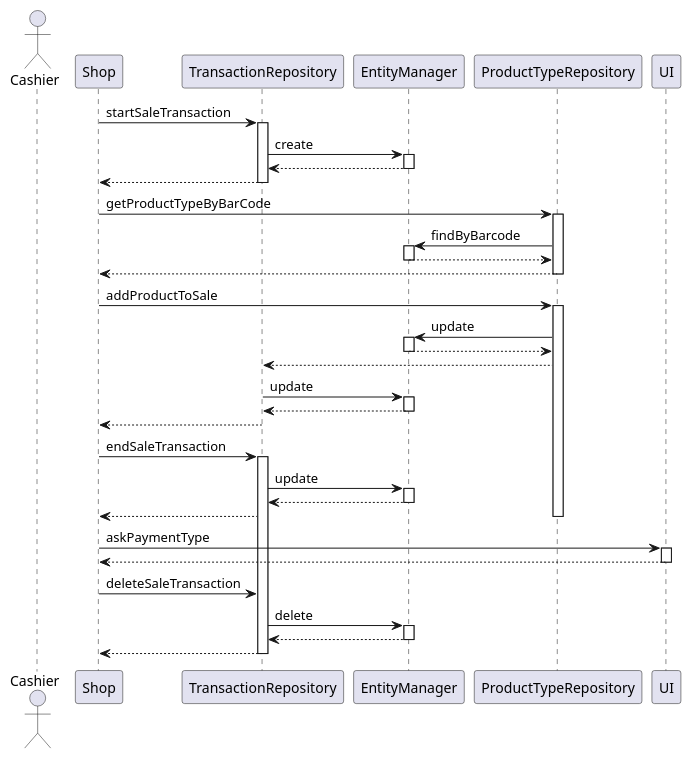
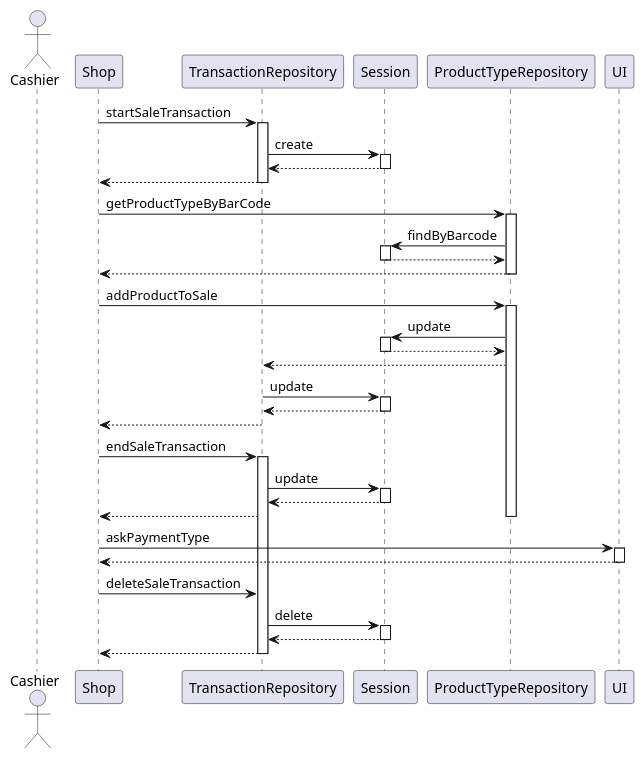
The eighth of 10 diagrams in Deliverables/DesignDocument.md (mspronesti/ezshop), drawn with PlantUML before and after one commit. The commit also changed other lines of this file and 4 other files, not shown here.

````diff
--- a/Deliverables/DesignDocument.md
+++ b/Deliverables/DesignDocument.md
@@ -440,78 +412,78 @@
 ```plantuml
 @startuml
     actor Cashier
     Shop -> TransactionRepository: startSaleTransaction
     activate TransactionRepository
     
-    TransactionRepository -> EntityManager: create
-    activate EntityManager
+    TransactionRepository -> Session: create
+    activate Session
     
-    EntityManager --> TransactionRepository
-    deactivate EntityManager
+    Session --> TransactionRepository
+    deactivate Session
     
     TransactionRepository --> Shop
     deactivate TransactionRepository
     
     Shop -> ProductTypeRepository: getProductTypeByBarCode
     activate ProductTypeRepository
     
-    ProductTypeRepository -> EntityManager: findByBarcode
-    activate EntityManager
+    ProductTypeRepository -> Session: findByBarcode
+    activate Session
     
-    EntityManager --> ProductTypeRepository
-    deactivate EntityManager
+    Session --> ProductTypeRepository
+    deactivate Session
     
     ProductTypeRepository --> Shop
     deactivate ProductTypeRepository
     
     Shop -> ProductTypeRepository: addProductToSale
     activate ProductTypeRepository
     
-    ProductTypeRepository -> EntityManager: update
-    activate EntityManager
+    ProductTypeRepository -> Session: update
+    activate Session
     
-    EntityManager --> ProductTypeRepository
-    deactivate EntityManager
+    Session --> ProductTypeRepository
+    deactivate Session
     
     ProductTypeRepository --> TransactionRepository
     deactivate TransactionRepository
     
-    TransactionRepository -> EntityManager: update
-    activate EntityManager
+    TransactionRepository -> Session: update
+    activate Session
     
-    EntityManager --> TransactionRepository
-    deactivate EntityManager
+    Session --> TransactionRepository
+    deactivate Session
     
     TransactionRepository --> Shop
     deactivate TransactionRepository
     
     Shop -> TransactionRepository: endSaleTransaction
     activate TransactionRepository
     
-    TransactionRepository -> EntityManager: update
-    activate EntityManager
+    TransactionRepository -> Session: update
+    activate Session
     
-    EntityManager --> TransactionRepository
-    deactivate EntityManager
+    Session --> TransactionRepository
+    deactivate Session
     
     TransactionRepository --> Shop
     deactivate ProductTypeRepository
     
     Shop -> UI: askPaymentType
     activate UI
     
     UI --> Shop
     deactivate UI
     
     Shop -> TransactionRepository: deleteSaleTransaction
     
-    TransactionRepository -> EntityManager: delete
-    activate EntityManager
+    TransactionRepository -> Session: delete
+    activate Session
     
-    EntityManager --> TransactionRepository
-    deactivate EntityManager
+    Session --> TransactionRepository
+    deactivate Session
     
     TransactionRepository --> Shop
     deactivate TransactionRepository
 @enduml
 ```
````
